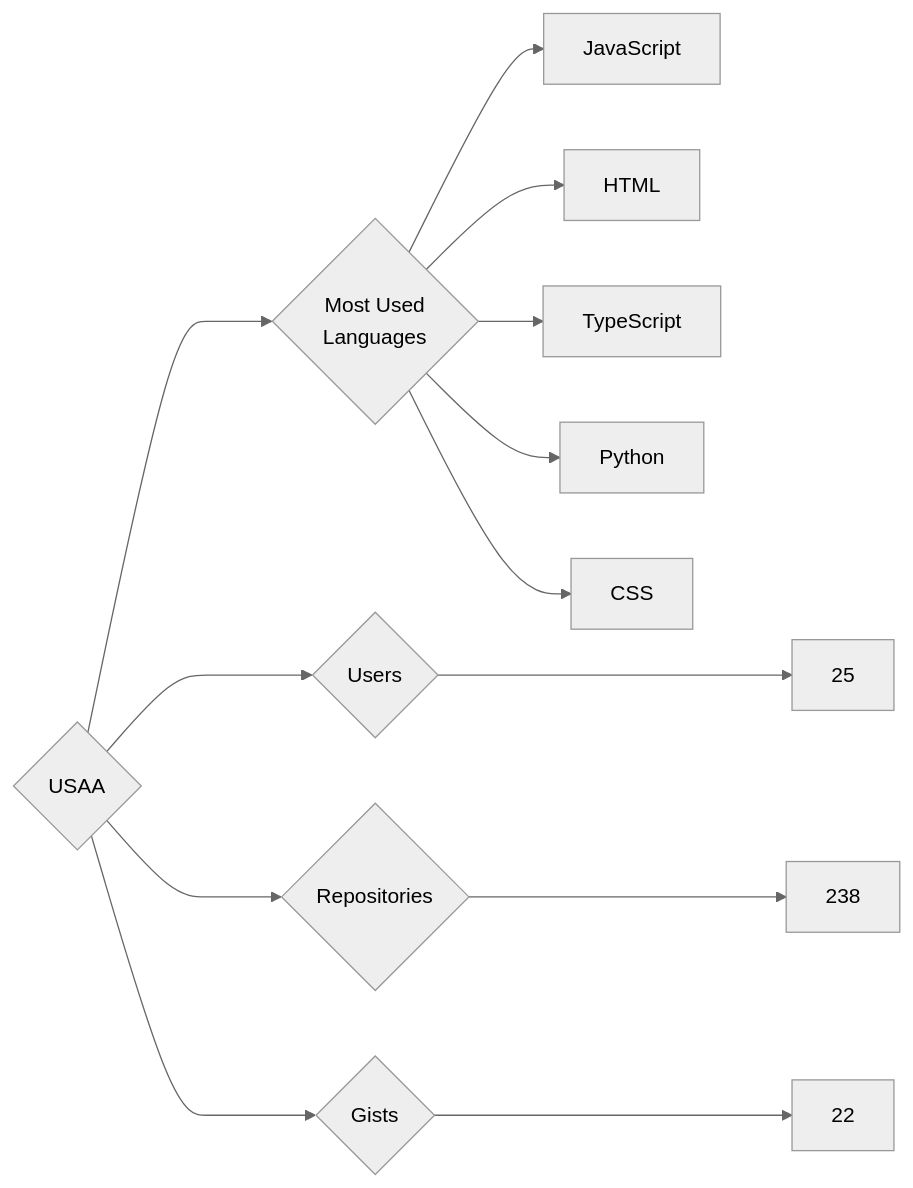
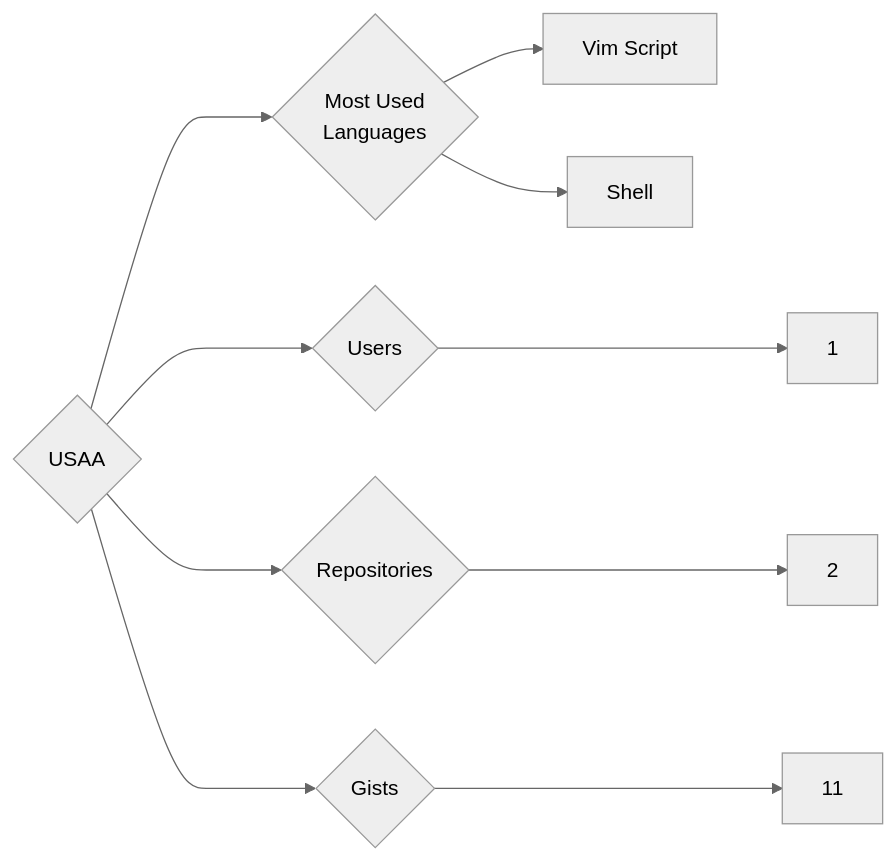
The diagram in targets/USAA/README.md (trickest/insiders), drawn with Mermaid (neutral theme) before and after one commit. The commit also changed 871 other files, not shown here.

````diff
--- a/targets/USAA/README.md
+++ b/targets/USAA/README.md
@@ -3,13 +3,10 @@
 ```mermaid
 graph LR
 COMPANY_NAME{USAA}
-COMPANY_NAME ---> U{Users} ---> UN[25]
-COMPANY_NAME ---> R{Repositories} ---> RN[238]
-COMPANY_NAME ---> G{Gists} ---> GN[22]
+COMPANY_NAME ---> U{Users} ---> UN[1]
+COMPANY_NAME ---> R{Repositories} ---> RN[2]
+COMPANY_NAME ---> G{Gists} ---> GN[11]
 COMPANY_NAME ---> ML{Most Used<br>Languages}
-ML --> JavaScript[JavaScript]
-ML --> HTML[HTML]
-ML --> TypeScript[TypeScript]
-ML --> Python[Python]
-ML --> CSS[CSS]
+ML --> Vim_Script[Vim Script]
+ML --> Shell[Shell]
 ```
````
